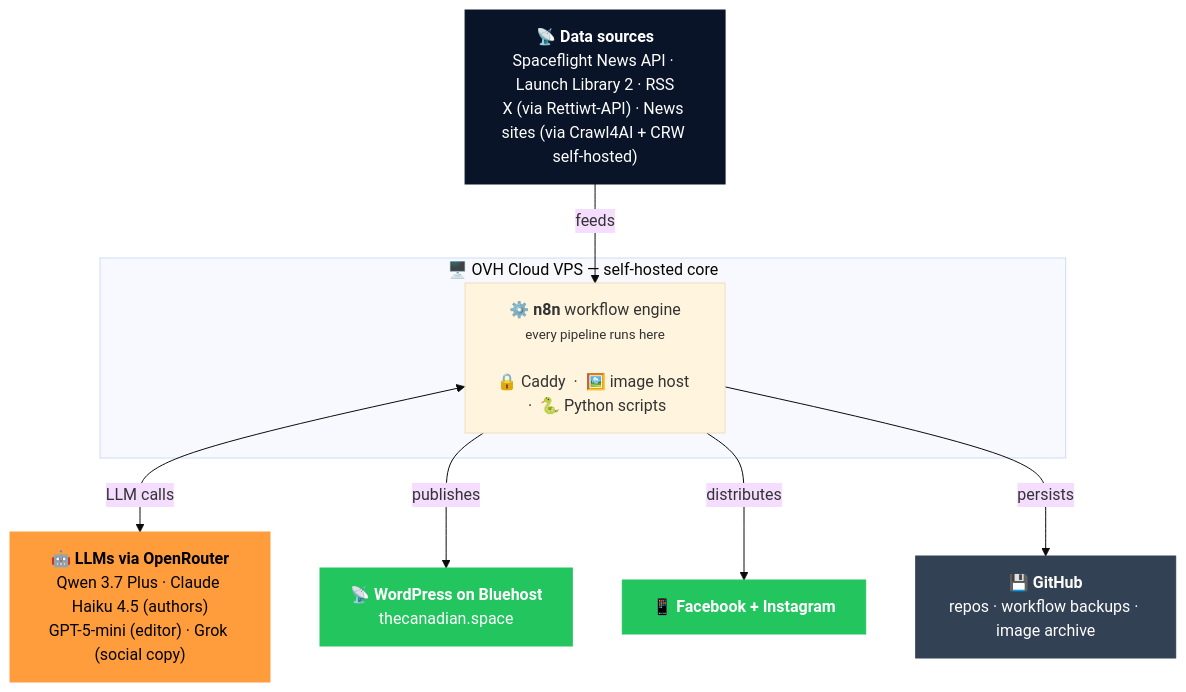
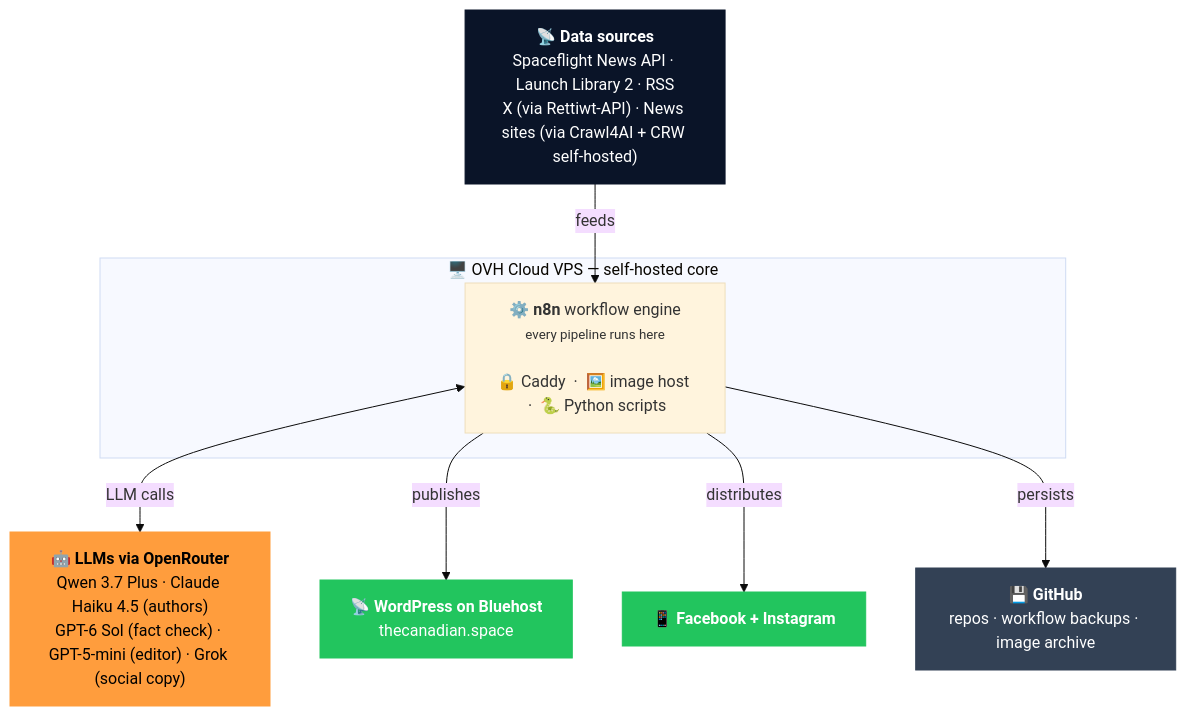
Before and after one commit to The-Canadian-Space/tcs-public-wiki: the diagram in docs/technology/infrastructure.md, drawn with Mermaid (base theme). The commit also changed other lines of this file and 8 other files, not shown here.

First line of the commit message:
docs: describe both publishing routes and the fact check accurately (tcs-docs#260)

````diff
--- a/docs/technology/infrastructure.md
+++ b/docs/technology/infrastructure.md
@@ -9,29 +9,29 @@
 ```mermaid
 graph TB
     Data["📡 <b>Data sources</b><br/>Spaceflight News API · Launch Library 2 · RSS<br/>X (via Rettiwt-API) · News sites (via Crawl4AI + CRW self-hosted)"]
 
     subgraph OVH["🖥️ OVH Cloud VPS — self-hosted core"]
         Core["⚙️ <b>n8n</b> workflow engine<br/><small>every pipeline runs here</small><br/><br/>🔒 Caddy &nbsp;·&nbsp; 🖼️ image host &nbsp;·&nbsp; 🐍 Python scripts"]
     end
 
-    LLM["🤖 <b>LLMs via OpenRouter</b><br/>Qwen 3.7 Plus · Claude Haiku 4.5 (authors)<br/>GPT-5-mini (editor) · Grok (social copy)"]
+    LLM["🤖 <b>LLMs via OpenRouter</b><br/>Qwen 3.7 Plus · Claude Haiku 4.5 (authors)<br/>GPT-6 Sol (fact check) · GPT-5-mini (editor) · Grok (social copy)"]
 
     WP["📡 <b>WordPress on Bluehost</b><br/>thecanadian.space"]
     Social["📱 <b>Facebook + Instagram</b>"]
     GH["💾 <b>GitHub</b><br/>repos · workflow backups · image archive"]
 
     Data -->|feeds| Core
     Core <-->|LLM calls| LLM
     Core -->|publishes| WP
     Core -->|distributes| Social
     Core -->|persists| GH
 
     classDef input fill:#0A1428,color:#fff,stroke:#0A1428
     classDef ai fill:#FF9D3D,color:#000,stroke:#FF9D3D
     classDef out fill:#22C55E,color:#fff,stroke:#22C55E
     classDef store fill:#334155,color:#fff,stroke:#334155
     class Data input
     class LLM ai
     class WP,Social out
     class GH store
 ```
````
